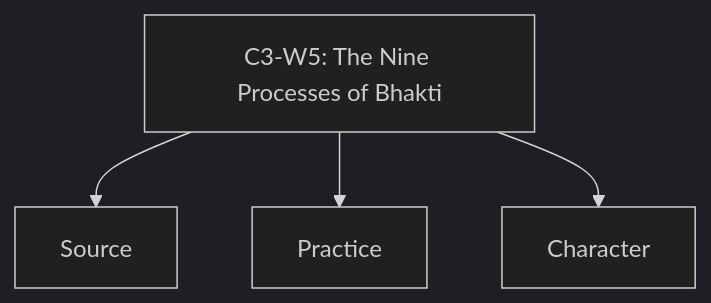
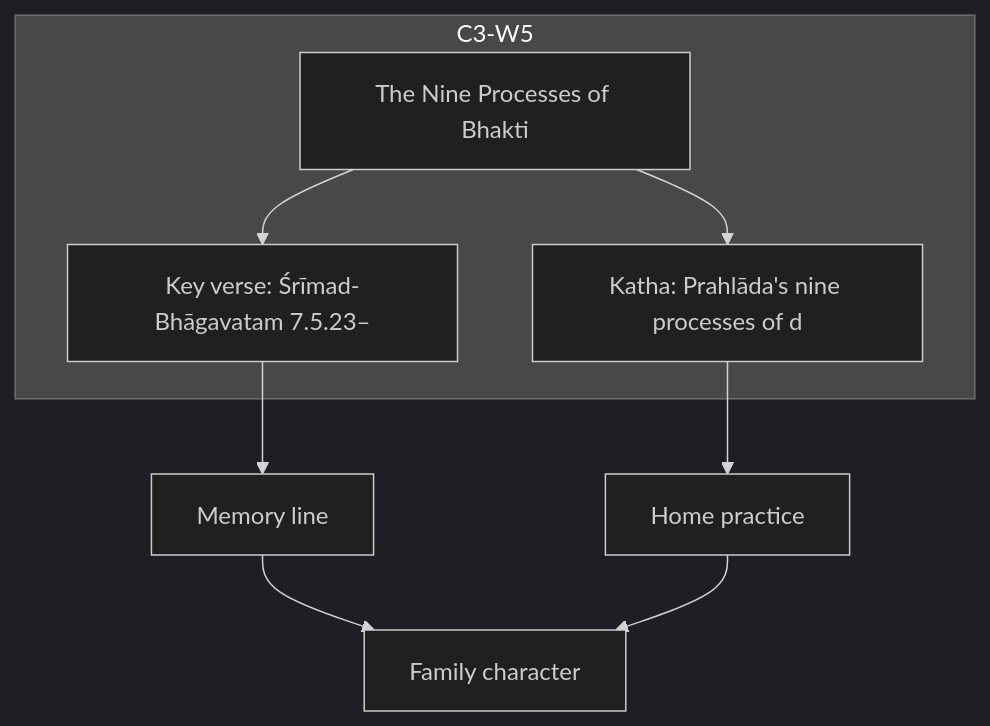
Before and after one commit to swap2you/kutumba-family-program: the diagram in 11-weekly-program-library/first-six-months/c3-w5-the-nine-processes-of-bhakti/visuals/concept-map.mmd, drawn with Mermaid (dark theme). The commit also changed 201 other files, not shown here.

```diff
--- a/11-weekly-program-library/first-six-months/c3-w5-the-nine-processes-of-bhakti/visuals/concept-map.mmd
+++ b/11-weekly-program-library/first-six-months/c3-w5-the-nine-processes-of-bhakti/visuals/concept-map.mmd
@@ -1,4 +1,12 @@
-flowchart TD
-  A[C3-W5: The Nine Processes of Bhakti] --> B[Source]
-  A --> C[Practice]
-  A --> D[Character]
+flowchart TB
+    subgraph MODULE["C3-W5"]
+        A["The Nine Processes of Bhakti"]
+        B["Key verse: Śrīmad-Bhāgavatam 7.5.23–"]
+        C["Katha: Prahlāda's nine processes of d"]
+    end
+    A --> B
+    A --> C
+    B --> D[Memory line]
+    C --> E[Home practice]
+    D --> F[Family character]
+    E --> F
```
